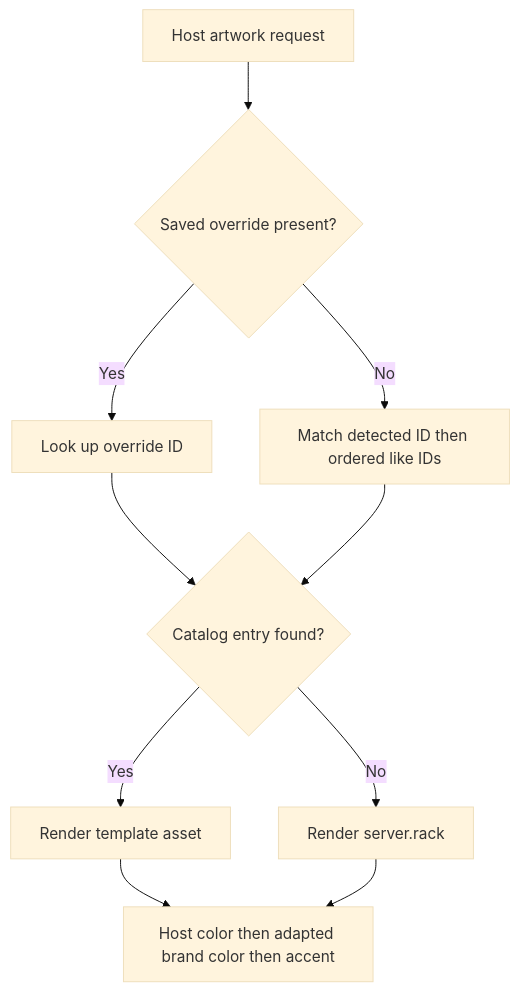
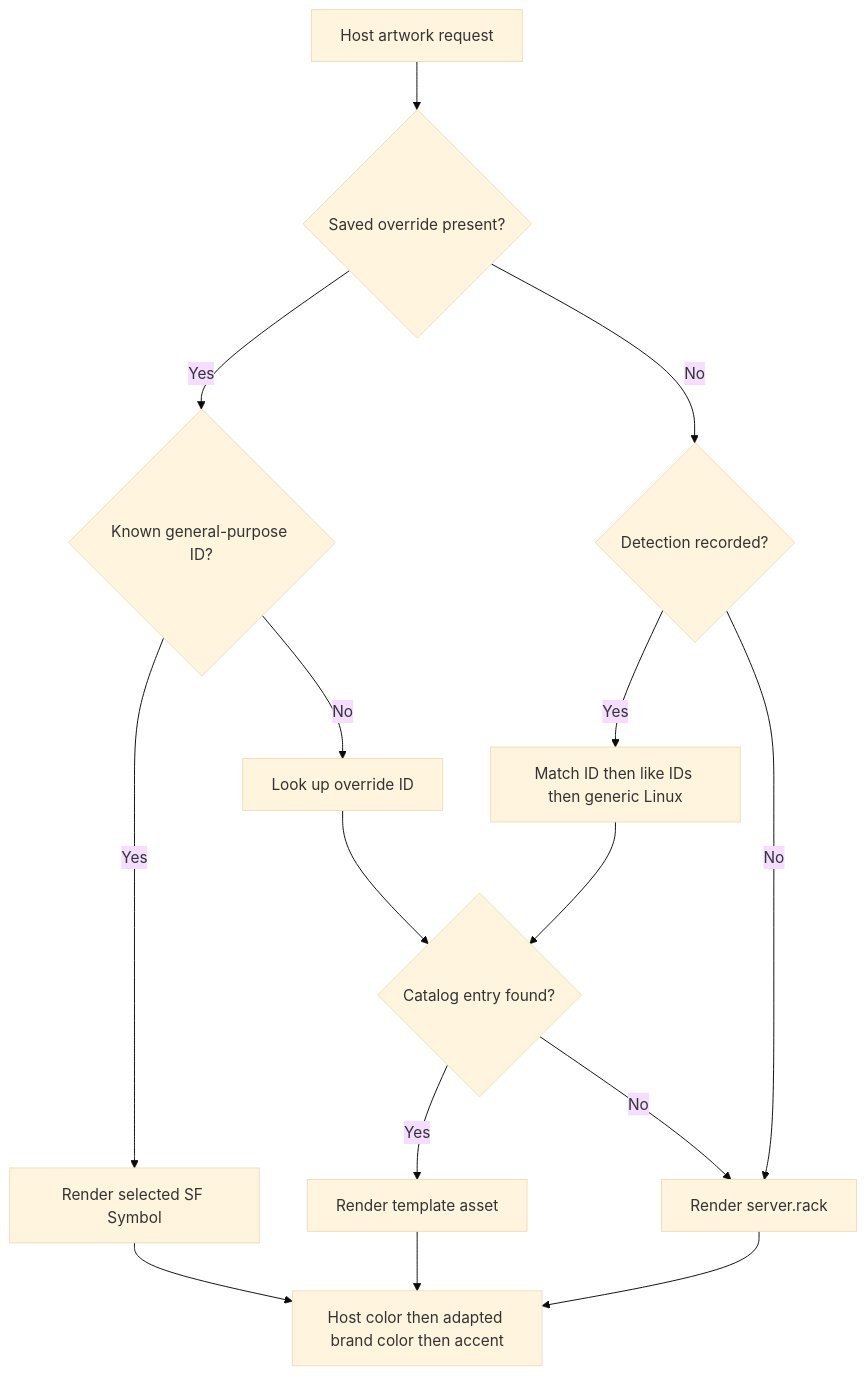
One commit to AkinoKaede/Termind changed the third of 3 diagrams in openwiki/operations/marketing-assets-and-app-icons.md. Above: the diagram before and after it, drawn with Mermaid (base theme). The commit also changed other lines of this file and 67 other files, not shown here.

````diff
--- a/openwiki/operations/marketing-assets-and-app-icons.md
+++ b/openwiki/operations/marketing-assets-and-app-icons.md
@@ -360,12 +371,17 @@
 ```mermaid
 flowchart TD
     Host[Host artwork request] --> Override{Saved override present?}
-    Override -->|Yes| Lookup[Look up override ID]
+    Override -->|Yes| General{Known general-purpose ID?}
+    General -->|Yes| Symbol[Render selected SF Symbol]
+    General -->|No| Lookup[Look up override ID]
     Lookup --> Entry{Catalog entry found?}
-    Override -->|No| Detect[Match detected ID then ordered like IDs]
+    Override -->|No| Detected{Detection recorded?}
+    Detected -->|Yes| Detect[Match ID then like IDs then generic Linux]
+    Detected -->|No| Generic[Render server.rack]
     Detect --> Entry
     Entry -->|Yes| Asset[Render template asset]
-    Entry -->|No| Generic[Render server.rack]
-    Asset --> Tint[Host color then adapted brand color then accent]
+    Entry -->|No| Generic
+    Symbol --> Tint[Host color then adapted brand color then accent]
+    Asset --> Tint
     Generic --> Tint
 ```
````
